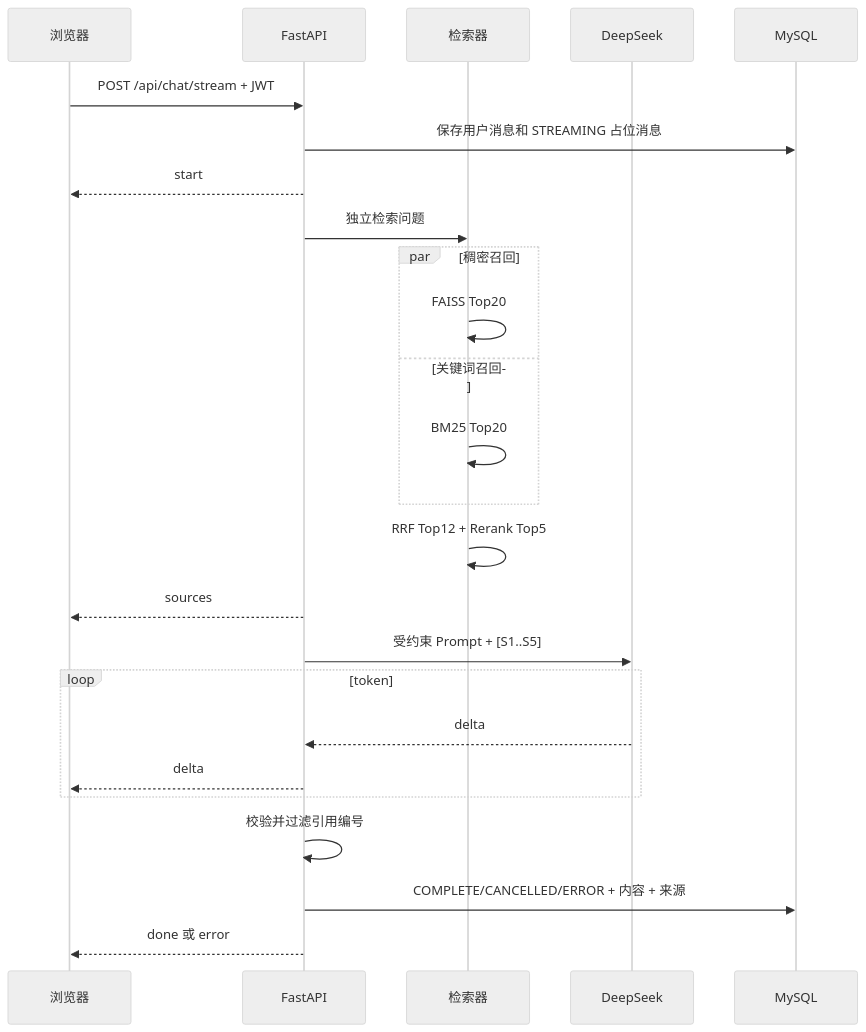
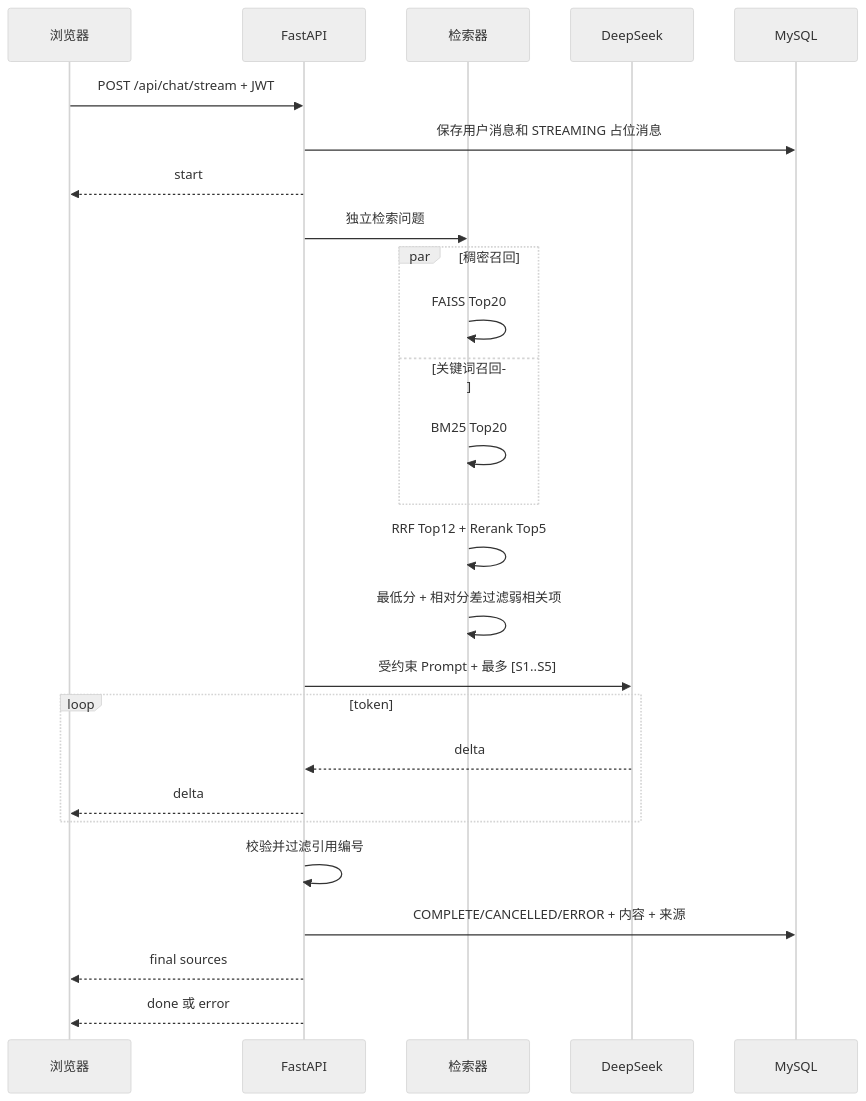
One commit to Wang-Ruibin/RAG changed the second of 2 diagrams in docs/architecture.md. Above: the diagram before and after it, drawn with Mermaid (neutral theme). The commit also changed other lines of this file and 6 other files, not shown here.

````diff
--- a/docs/architecture.md
+++ b/docs/architecture.md
@@ -53,27 +54,28 @@
 ```mermaid
 sequenceDiagram
     participant C as 浏览器
     participant A as FastAPI
     participant R as 检索器
     participant D as DeepSeek
     participant M as MySQL
     C->>A: POST /api/chat/stream + JWT
     A->>M: 保存用户消息和 STREAMING 占位消息
     A-->>C: start
     A->>R: 独立检索问题
     par 稠密召回
         R->>R: FAISS Top20
     and 关键词召回
         R->>R: BM25 Top20
     end
     R->>R: RRF Top12 + Rerank Top5
-    A-->>C: sources
-    A->>D: 受约束 Prompt + [S1..S5]
+    R->>R: 最低分 + 相对分差过滤弱相关项
+    A->>D: 受约束 Prompt + 最多 [S1..S5]
     loop token
         D-->>A: delta
         A-->>C: delta
     end
     A->>A: 校验并过滤引用编号
     A->>M: COMPLETE/CANCELLED/ERROR + 内容 + 来源
+    A-->>C: final sources
     A-->>C: done 或 error
 ```
````
